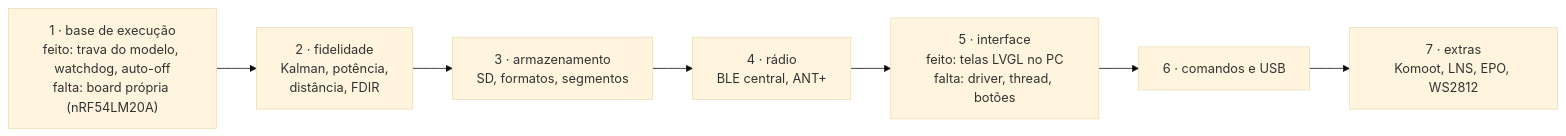
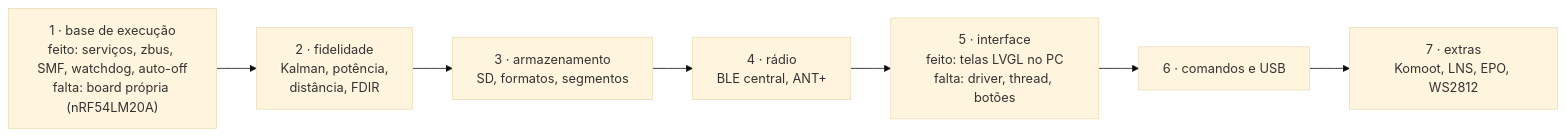
The second of 2 diagrams in CLAUDE.md (Guiimartinho/gnss-bike-computer), drawn with Mermaid (base theme) before and after one commit. The commit also changed other lines of this file and 110 other files, not shown here.

````diff
--- a/CLAUDE.md
+++ b/CLAUDE.md
@@ -101,9 +101,9 @@
 ```mermaid
 flowchart LR
-    A["1 · base de execução<br/>feito: trava do modelo, watchdog, auto-off<br/>falta: board própria (nRF54LM20A)"] --> B["2 · fidelidade<br/>Kalman, potência,<br/>distância, FDIR"]
+    A["1 · base de execução<br/>feito: serviços, zbus, SMF, watchdog, auto-off<br/>falta: board própria (nRF54LM20A)"] --> B["2 · fidelidade<br/>Kalman, potência,<br/>distância, FDIR"]
     B --> C["3 · armazenamento<br/>SD, formatos, segmentos"]
     C --> D["4 · rádio<br/>BLE central, ANT+"]
     D --> E["5 · interface<br/>feito: telas LVGL no PC<br/>falta: driver, thread, botões"]
     E --> F["6 · comandos e USB"]
     F --> G["7 · extras<br/>Komoot, LNS, EPO, WS2812"]
 ```
````
